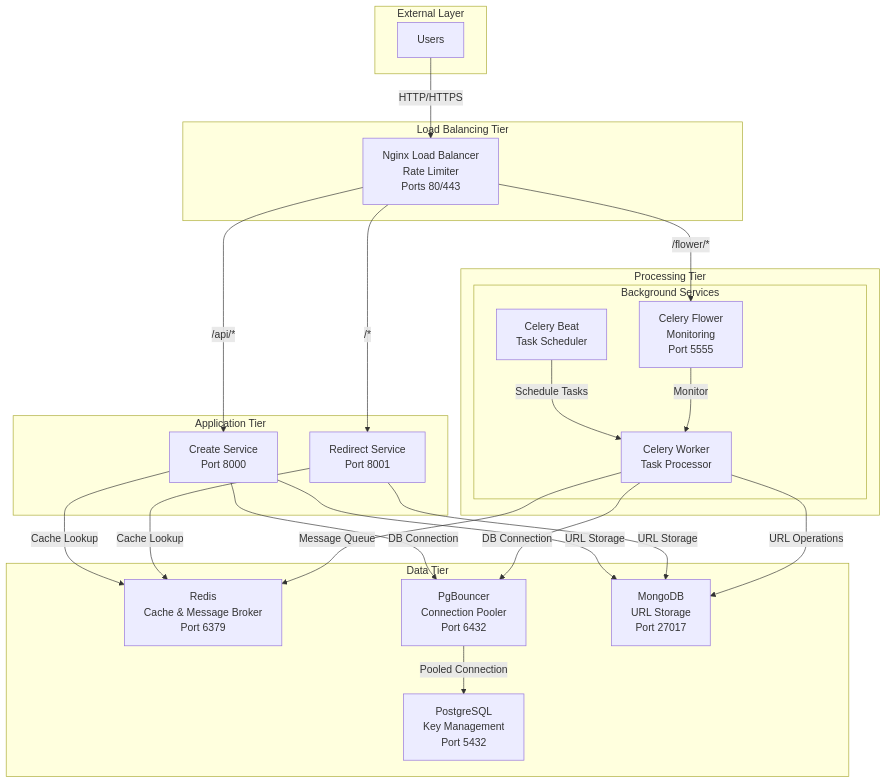
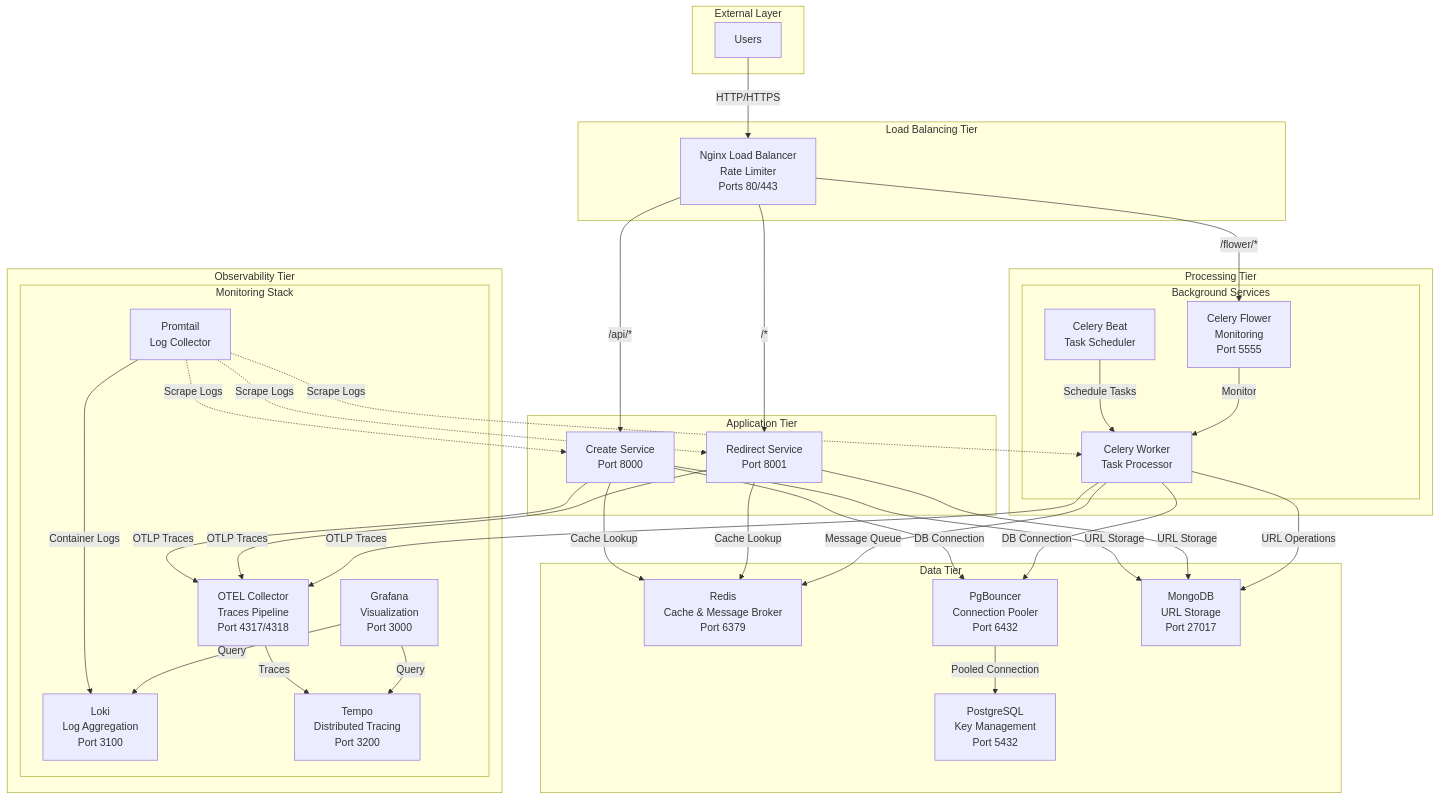
The first of 2 diagrams in README.md (kaziiriad/url-shortener-scalable), drawn with Mermaid before and after one commit. The commit also changed other lines of this file and 4 other files, not shown here.

First line of the commit message:
feat: Add Promtail for log aggregation and update documentation

````diff
--- a/README.md
+++ b/README.md
@@ -26,58 +27,81 @@
 ```mermaid
 graph TD
+
     subgraph "External Layer"
         U[Users]
     end
 
     subgraph "Load Balancing Tier"
         H[Nginx Load Balancer<br/>Rate Limiter<br/>Ports 80/443]
     end
 
     subgraph "Application Tier"
         CS[Create Service<br/>Port 8000]
         RS[Redirect Service<br/>Port 8001]
     end
 
     subgraph "Processing Tier"
         subgraph "Background Services"
             F[Celery Beat<br/>Task Scheduler]
             E[Celery Worker<br/>Task Processor]
             G[Celery Flower<br/>Monitoring<br/>Port 5555]
         end
     end
 
     subgraph "Data Tier"
         B[Redis<br/>Cache & Message Broker<br/>Port 6379]
         P[PgBouncer<br/>Connection Pooler<br/>Port 6432]
         C[PostgreSQL<br/>Key Management<br/>Port 5432]
         D[MongoDB<br/>URL Storage<br/>Port 27017]
     end
 
+    subgraph "Observability Tier"
+        subgraph "Monitoring Stack"
+            L[Loki<br/>Log Aggregation<br/>Port 3100]
+            T[Tempo<br/>Distributed Tracing<br/>Port 3200]
+            O[OTEL Collector<br/>Traces Pipeline<br/>Port 4317/4318]
+            R[Promtail<br/>Log Collector]
+            Z[Grafana<br/>Visualization<br/>Port 3000]
+        end
+    end
+
     %% User Traffic Flow
     U -->|HTTP/HTTPS| H
     H -->|/api/*| CS
     H -->|/*| RS
     H -->|/flower/*| G
 
     %% Application Data Access
     CS -->|Cache Lookup| B
     CS -->|DB Connection| P
     P -->|Pooled Connection| C
     CS -->|URL Storage| D
     RS -->|Cache Lookup| B
     RS -->|URL Storage| D
 
-
     %% Background Processing Flow
     F -->|Schedule Tasks| E
     E -->|Message Queue| B
     E -->|DB Connection| P
     E -->|URL Operations| D
     G -->|Monitor| E
-    
+
+    %% Observability Flow
+    CS -->|OTLP Traces| O
+    RS -->|OTLP Traces| O
+    E -->|OTLP Traces| O
+    O -->|Traces| T
+    R -->|Container Logs| L
+    R -.->|Scrape Logs| CS
+    R -.->|Scrape Logs| RS
+    R -.->|Scrape Logs| E
+    Z -->|Query| T
+    Z -->|Query| L
+
     class U external
     class H loadTier
     class CS,RS appTier
     class F,E,G processTier
     class B,C,D,P dataTier
+    class L,T,O,R,Z observabilityTier
 ```
````
